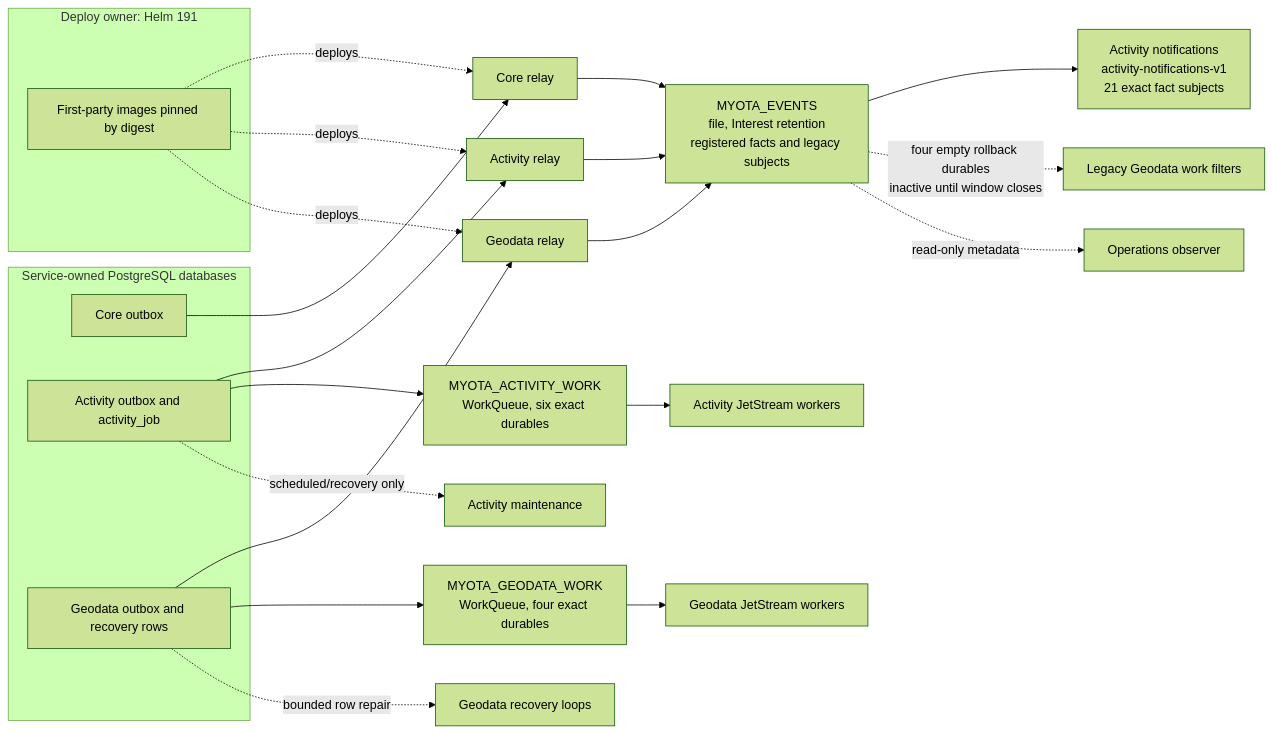
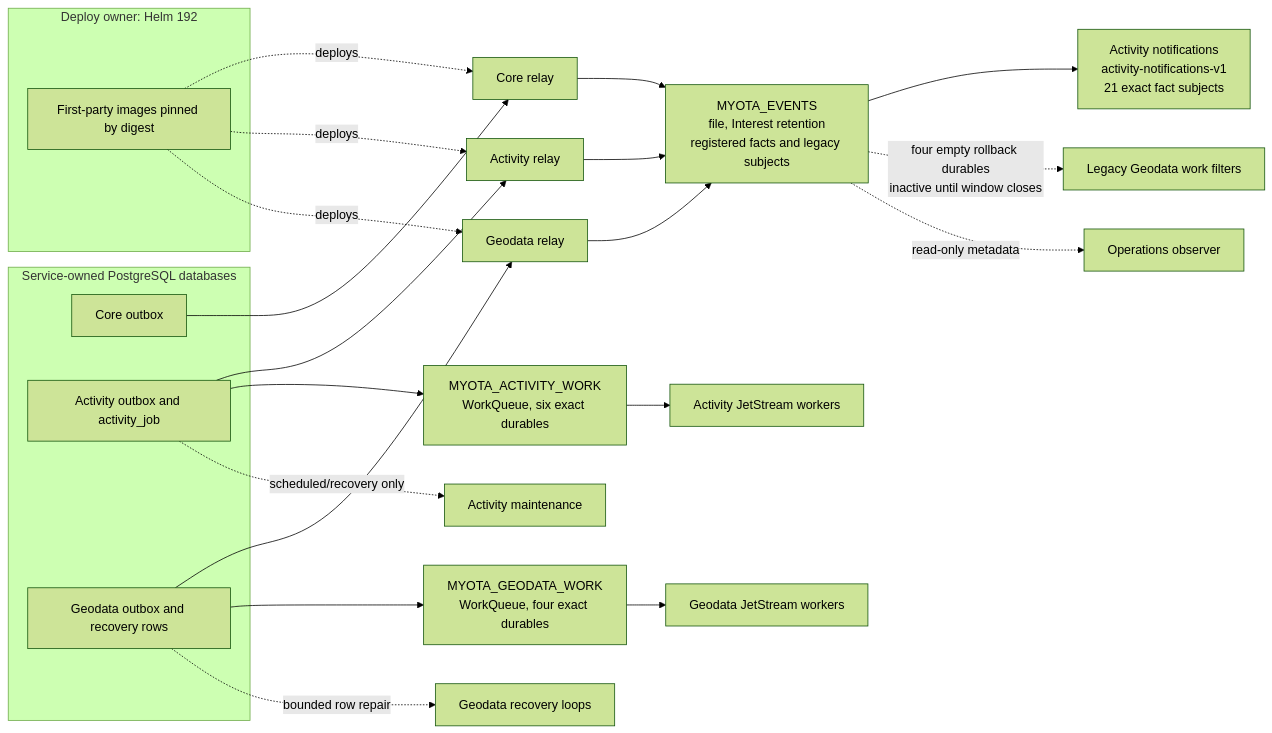
One commit to myota-platform/myota-docs changed the first of 3 diagrams in docs/architecture/diagrams/nats-event-migration.md. Above: the diagram before and after it, drawn with Mermaid (forest theme). The commit also changed other lines of this file, not shown here.

Commit message:
Refresh current NATS diagram status at Helm 192

````diff
--- a/docs/architecture/diagrams/nats-event-migration.md
+++ b/docs/architecture/diagrams/nats-event-migration.md
@@ -17,29 +17,29 @@
 ```mermaid
 flowchart LR
   subgraph DB[Service-owned PostgreSQL databases]
     C[Core outbox]
     A[Activity outbox and activity_job]
     G[Geodata outbox and recovery rows]
   end
-  subgraph DEPLOY[Deploy owner: Helm 191]
+  subgraph DEPLOY[Deploy owner: Helm 192]
     IMG[First-party images pinned by digest]
   end
   C --> RC[Core relay]
   A --> RA[Activity relay]
   G --> RG[Geodata relay]
   IMG -. deploys .-> RC
   IMG -. deploys .-> RA
   IMG -. deploys .-> RG
   RC --> E[MYOTA_EVENTS<br/>file, Interest retention<br/>registered facts and legacy subjects]
   RA --> E
   RG --> E
   E --> N[Activity notifications<br/>activity-notifications-v1<br/>21 exact fact subjects]
   E -. four empty rollback durables<br/>inactive until window closes .-> L[Legacy Geodata work filters]
   A --> AS[MYOTA_ACTIVITY_WORK<br/>WorkQueue, six exact durables]
   G --> GS[MYOTA_GEODATA_WORK<br/>WorkQueue, four exact durables]
   AS --> AW[Activity JetStream workers]
   GS --> GW[Geodata JetStream workers]
   A -. scheduled/recovery only .-> AR[Activity maintenance]
   G -. bounded row repair .-> GR[Geodata recovery loops]
   E -. read-only metadata .-> O[Operations observer]
 ```
````
